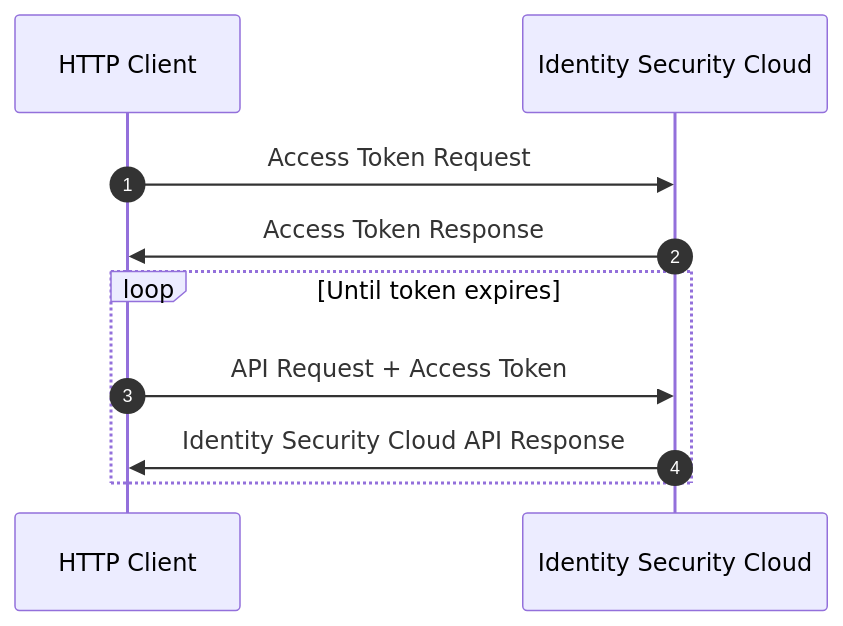
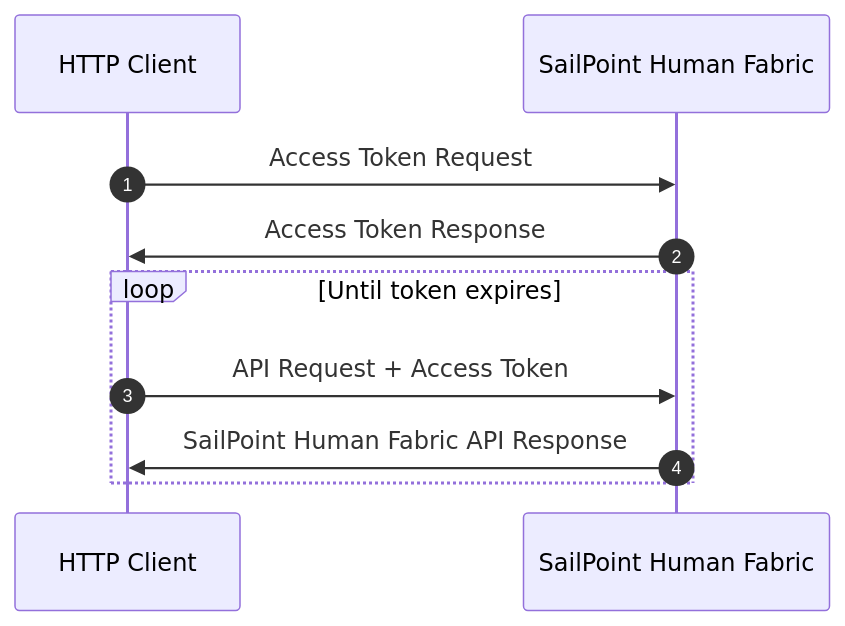
Before and after one commit to sailpoint-oss/developer.sailpoint.com: the first of 2 diagrams in docs/api/authentication.md, drawn with Mermaid. The commit also changed other lines of this file and 149 other files, not shown here.

````diff
--- a/docs/api/authentication.md
+++ b/docs/api/authentication.md
@@ -28,14 +28,14 @@
 ```mermaid
 sequenceDiagram
     autonumber
     participant H as HTTP Client
-    participant I as Identity Security Cloud
+    participant I as SailPoint Human Fabric
 
     H->>I: Access Token Request
     I->>H: Access Token Response
 
     loop Until token expires
     H->>I: API Request + Access Token
-    I->>H: Identity Security Cloud API Response
+    I->>H: SailPoint Human Fabric API Response
     end
 ```
````
